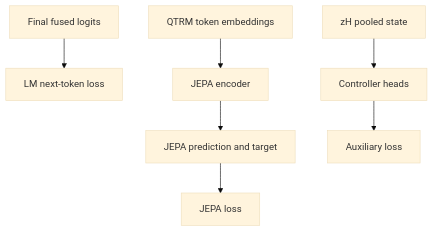
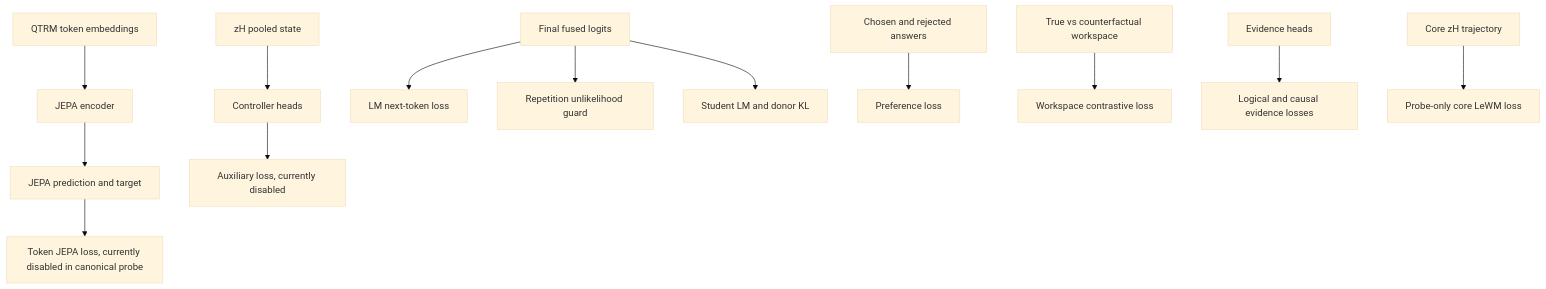
One commit to edu-ide/wgram-lm changed the eighth of 8 diagrams in docs/wiki/architecture/qtrm-forward-pass.md. Above: the diagram before and after it, drawn with Mermaid (base theme). The commit also changed other lines of this file and 426 other files, not shown here.

Commit message:
docs: record reasoning architecture experiments

````diff
--- a/docs/wiki/architecture/qtrm-forward-pass.md
+++ b/docs/wiki/architecture/qtrm-forward-pass.md
@@ -194,9 +456,15 @@
 ```mermaid
 flowchart TD
     A["Final fused logits"] --> B["LM next-token loss"]
     C["QTRM token embeddings"] --> D["JEPA encoder"]
     D --> E["JEPA prediction and target"]
-    E --> F["JEPA loss"]
+    E --> F["Token JEPA loss, currently disabled in canonical probe"]
     G["zH pooled state"] --> H["Controller heads"]
-    H --> I["Auxiliary loss"]
+    H --> I["Auxiliary loss, currently disabled"]
+    J["Chosen and rejected answers"] --> K["Preference loss"]
+    A --> U["Repetition unlikelihood guard"]
+    A --> KD["Student LM and donor KL"]
+    X["True vs counterfactual workspace"] --> Y["Workspace contrastive loss"]
+    Z["Evidence heads"] --> V["Logical and causal evidence losses"]
+    W["Core zH trajectory"] --> WM["Probe-only core LeWM loss"]
 ```
````
